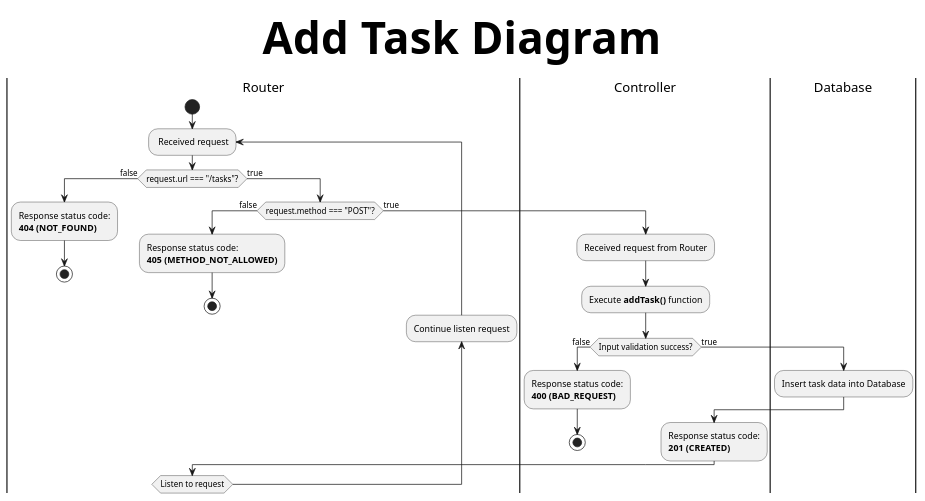
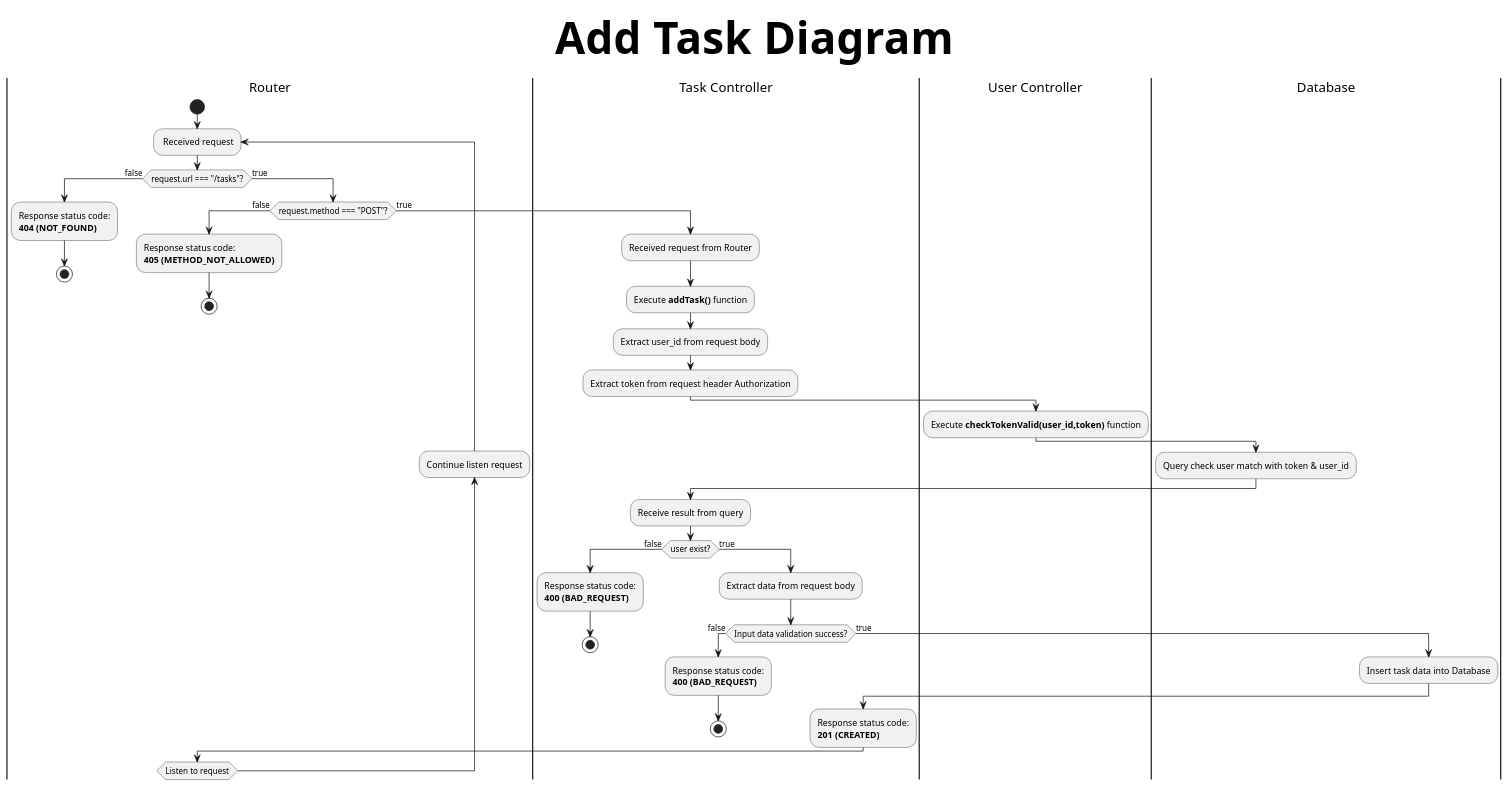
Before and after one commit to DoanLe2k1/TodoApp-API: the diagram in diagrams/taskDiagrams/addTaskDiagram.pu, drawn with PlantUML.

Commit message:
Update: addTask Diagram

```diff
--- a/diagrams/taskDiagrams/addTaskDiagram.pu
+++ b/diagrams/taskDiagrams/addTaskDiagram.pu
@@ -1,40 +1,55 @@
 @startuml 
 title Add Task Diagram
 skinparam titleFontSize 60
 |Router|
 start
 repeat: Received request
 if (request.url === "/tasks"?) then (false)
     :Response status code:
     **404 (NOT_FOUND)**;
     stop
 
 else (true)
     if (request.method === "POST"?) then (false)
         :Response status code:
         **405 (METHOD_NOT_ALLOWED)**;
         stop
 
     else (true)
-        |Controller|
+        |Task Controller|
         :Received request from Router;
         :Execute **addTask()** function;
-
-        if (Input validation success?) then (false)
+        :Extract user_id from request body;
+        :Extract token from request header Authorization;
+        |User Controller|
+        :Execute **checkTokenValid(user_id,token)** function;
+        |Database|
+        :Query check user match with token & user_id;
+        |Task Controller|
+        :Receive result from query;
+        if (user exist?) then (false)
             :Response status code:
             **400 (BAD_REQUEST)**;
             'Validation failed
             stop
         else (true)
-            |Database|
-            :Insert task data into Database;
-            |Controller|
-            :Response status code:
-            **201 (CREATED)**;
+            :Extract data from request body;
+            if (Input data validation success?) then (false)
+                :Response status code:
+                **400 (BAD_REQUEST)**;
+                'Validation failed
+                stop
+            else (true)
+                |Database|
+                :Insert task data into Database;
+                |Task Controller|
+                :Response status code:
+                **201 (CREATED)**;
+            endif
         endif
     endif
 endif
 |Router|
 backward:Continue listen request;
 repeat while (Listen to request)    
 @enduml
```
